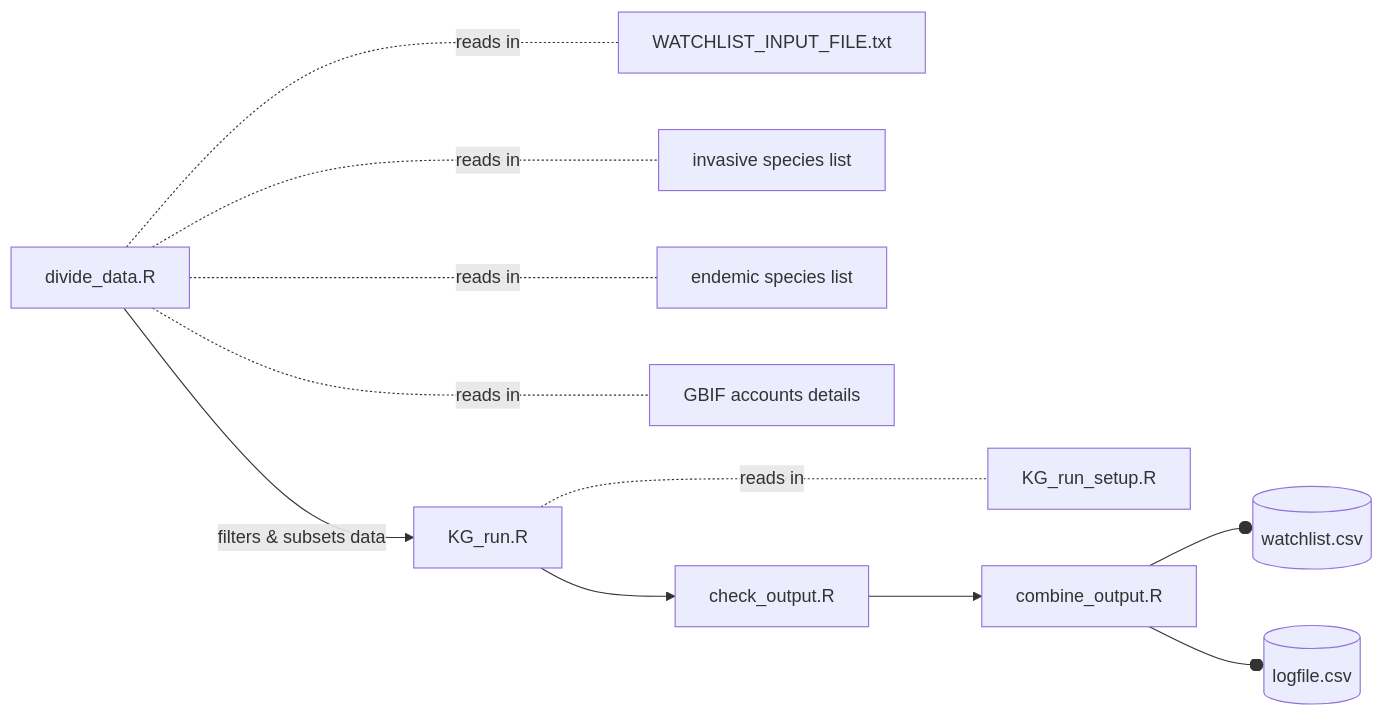
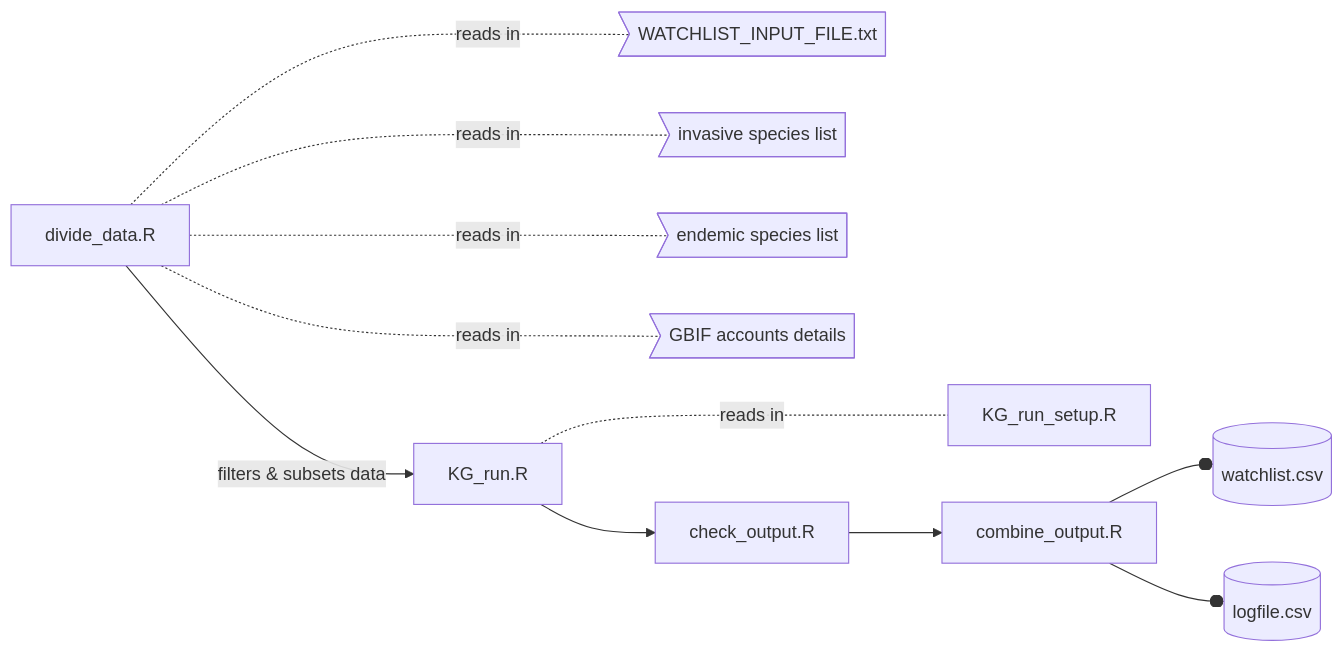
One commit to clarkevansteenderen/KG_watchlist_parallel changed the diagram in README.md. Above: the diagram before and after it, drawn with Mermaid.

````diff
--- a/README.md
+++ b/README.md
@@ -36,9 +36,9 @@
 ```mermaid
   graph LR;
       A[divide_data.R] --> |filters & subsets data| B[KG_run.R]
-      A -..- |reads in| C[WATCHLIST_INPUT_FILE.txt] & D[invasive species list] & E[endemic species list] & F[GBIF accounts details]
+      A -..- |reads in| C>WATCHLIST_INPUT_FILE.txt] & D>invasive species list] & E>endemic species list] & F>GBIF accounts details]
       B --> G[check_output.R]
       B -..- |reads in| H[KG_run_setup.R]
       G --> J[combine_output.R]
       J --o K[(watchlist.csv)] & L[(logfile.csv)]
 ```
````
